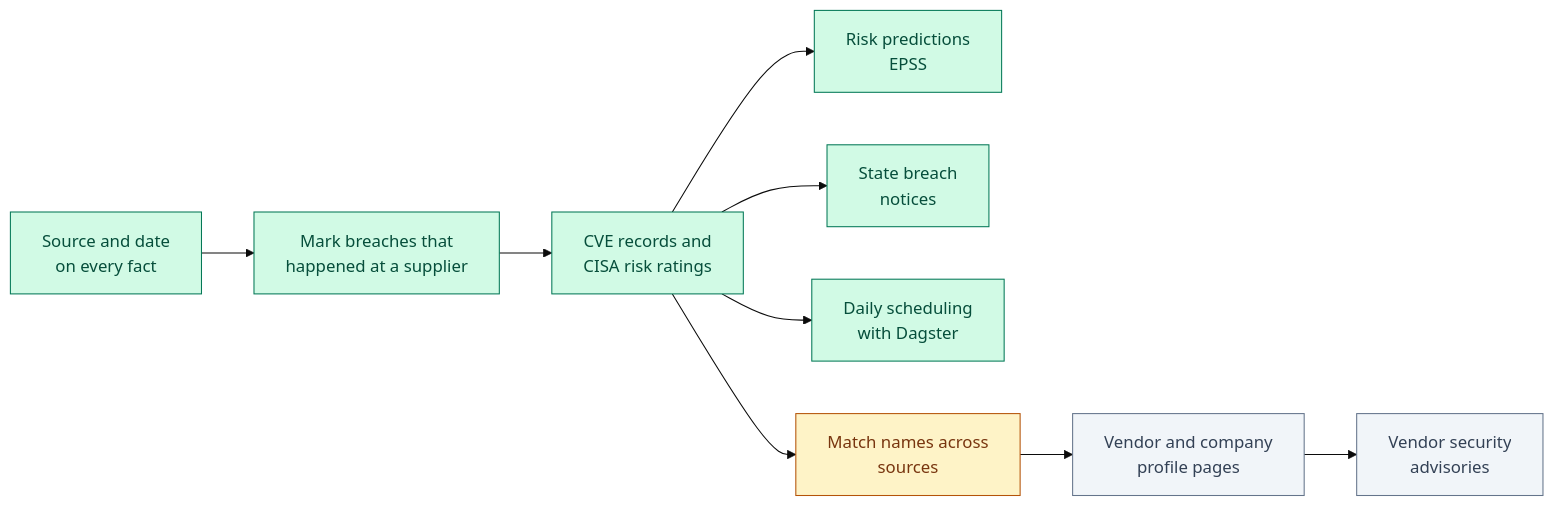
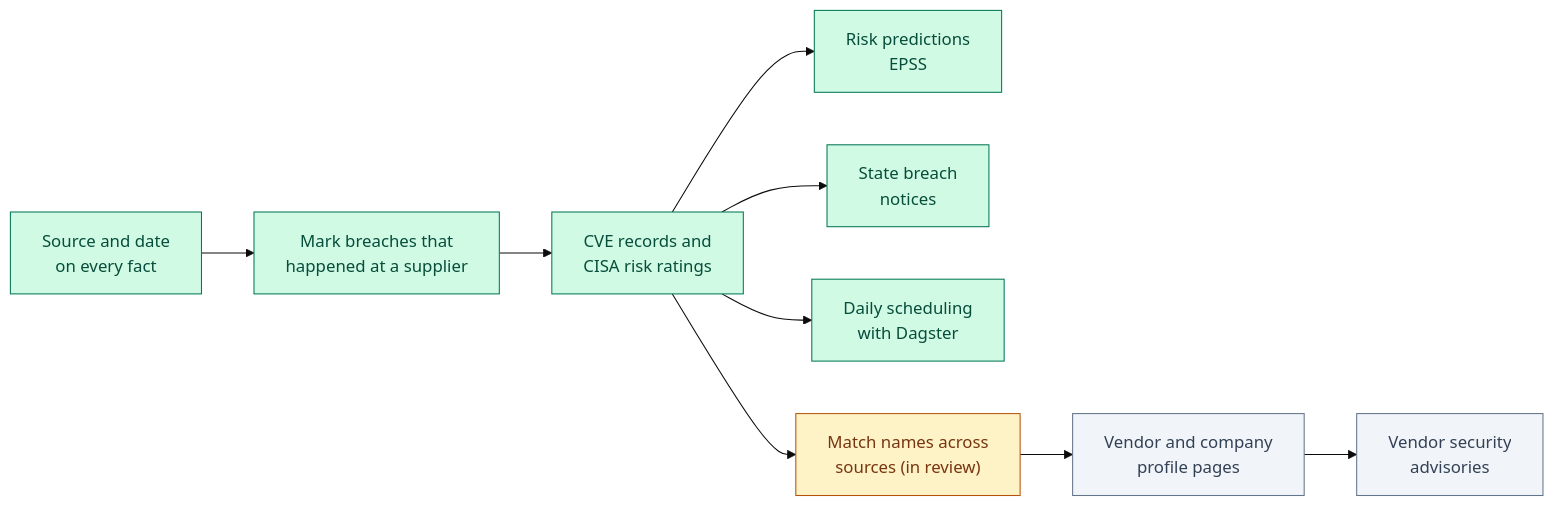
Before and after one commit to csp4z/compromise-ledger: diagram 12 of 12 in docs/OVERVIEW.md, drawn with Mermaid (base theme). The commit also changed 2 other files, not shown here.

Commit message:
docs: record entity resolution results and the step 4 decisions

````diff
--- a/docs/OVERVIEW.md
+++ b/docs/OVERVIEW.md
@@ -439,18 +439,18 @@
 ```mermaid
 flowchart LR
     accTitle: Phase 2 progress
     accDescr: Completed steps are provenance, third-party incidents, CVE records, risk predictions, breach notices and Dagster; next are name matching, profile pages and vendor advisories.
 
     P1["Source and date<br/>on every fact"]:::done --> P2["Mark breaches that<br/>happened at a supplier"]:::done
     P2 --> P3["CVE records and<br/>CISA risk ratings"]:::done
     P3 --> X1["Risk predictions<br/>EPSS"]:::done
     P3 --> X2["State breach<br/>notices"]:::done
     P3 --> X3["Daily scheduling<br/>with Dagster"]:::done
-    P3 --> P4["Match names across<br/>sources"]:::next
+    P3 --> P4["Match names across<br/>sources (in review)"]:::next
     P4 --> P5["Vendor and company<br/>profile pages"]:::later
     P5 --> P6["Vendor security<br/>advisories"]:::later
 
     classDef done fill:#d1fae5,stroke:#047857,color:#064e3b
     classDef next fill:#fef3c7,stroke:#b45309,color:#78350f
     classDef later fill:#f1f5f9,stroke:#64748b,color:#334155
 ```
````
